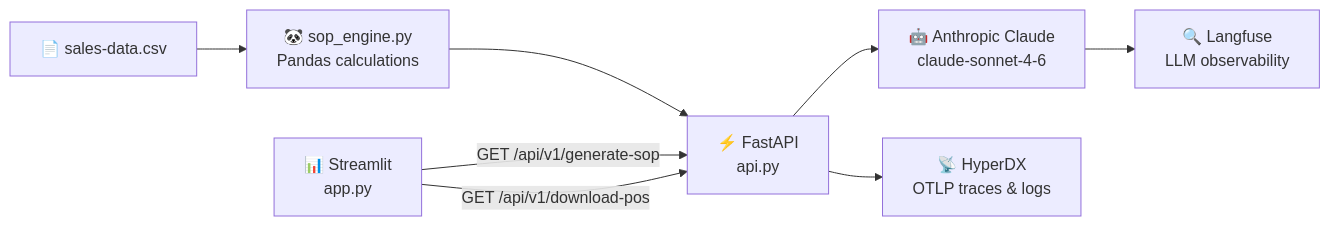
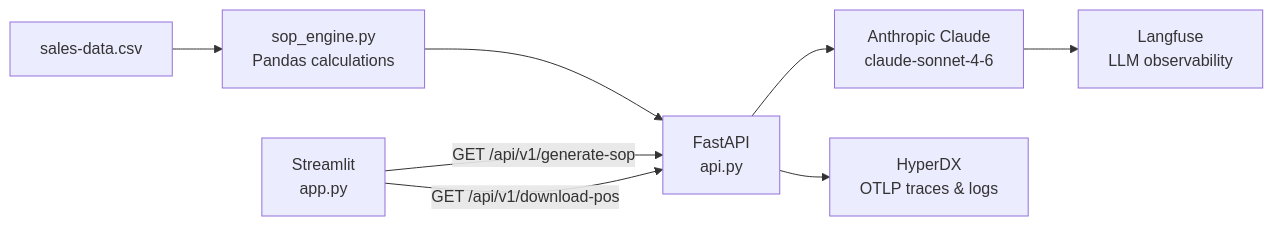
One commit to chris-colinsky/manukora changed the diagram in README.md. Above: the diagram before and after it, drawn with Mermaid. The commit also changed other lines of this file, not shown here.

````diff
--- a/README.md
+++ b/README.md
@@ -12,18 +12,18 @@
 ```mermaid
 graph LR
-    CSV["📄 sales-data.csv"]
-    ENGINE["🐼 sop_engine.py\nPandas calculations"]
-    API["⚡ FastAPI\napi.py"]
-    LLM["🤖 Anthropic Claude\nclaude-sonnet-4-6"]
-    UI["📊 Streamlit\napp.py"]
-    LANGFUSE["🔍 Langfuse\nLLM observability"]
-    HYPERDX["📡 HyperDX\nOTLP traces & logs"]
+    CSV["sales-data.csv"]
+    ENGINE["sop_engine.py\nPandas calculations"]
+    API["FastAPI\napi.py"]
+    LLM["Anthropic Claude\nclaude-sonnet-4-6"]
+    UI["Streamlit\napp.py"]
+    LANGFUSE["Langfuse\nLLM observability"]
+    HYPERDX["HyperDX\nOTLP traces & logs"]
 
     CSV --> ENGINE
     ENGINE --> API
     API --> LLM
     LLM --> LANGFUSE
     API --> HYPERDX
     UI -->|"GET /api/v1/generate-sop"| API
     UI -->|"GET /api/v1/download-pos"| API
 ```
````
